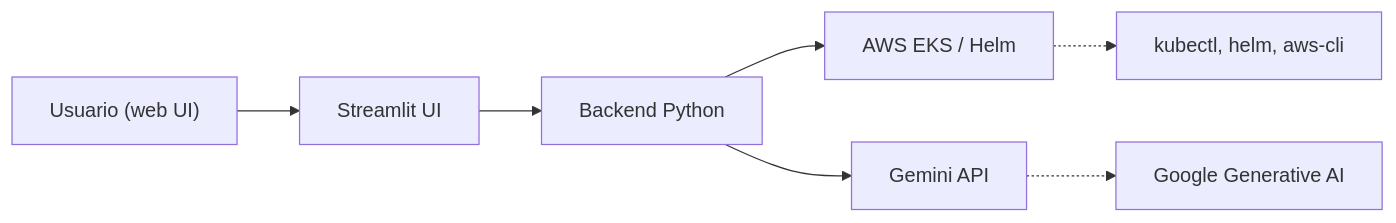
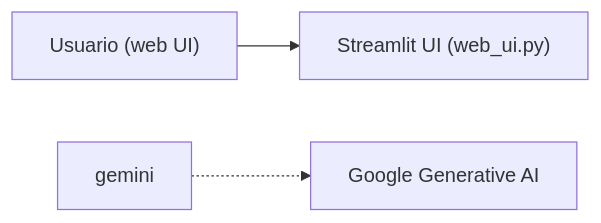
The diagram in README.md (Portfolio-jaime/helm-llm-inventory-gemini), drawn with Mermaid before and after one commit. The commit also changed other lines of this file and 2 other files, not shown here.

````diff
--- a/README.md
+++ b/README.md
@@ -9,9 +9,5 @@
 ```mermaid
 flowchart LR
-    user["Usuario (web UI)"] --> streamlit["Streamlit UI"]
-    streamlit --> backend["Backend Python"]
-    backend --> aws["AWS EKS / Helm"]
-    backend --> gemini["Gemini API"]
-    aws -.-> cli["kubectl, helm, aws-cli"]
+    user["Usuario (web UI)"] --> streamlit["Streamlit UI (web_ui.py)"]
     gemini -.-> gcp["Google Generative AI"]
 ```
````
